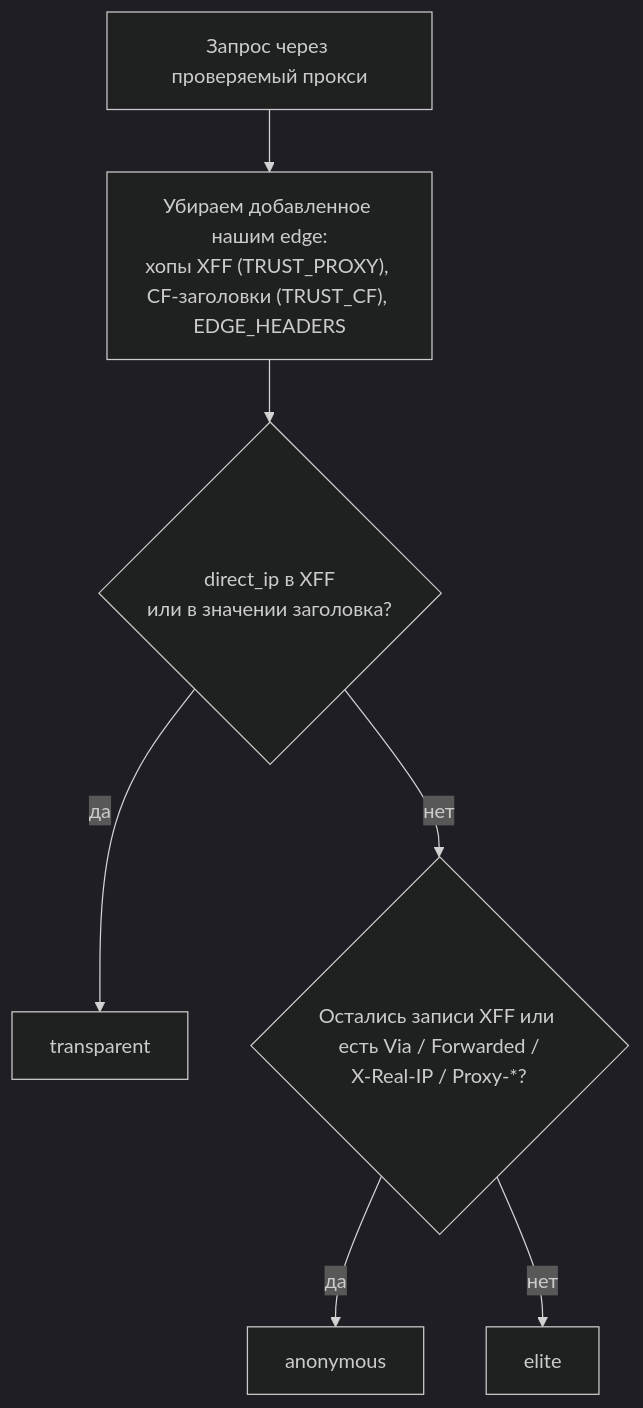
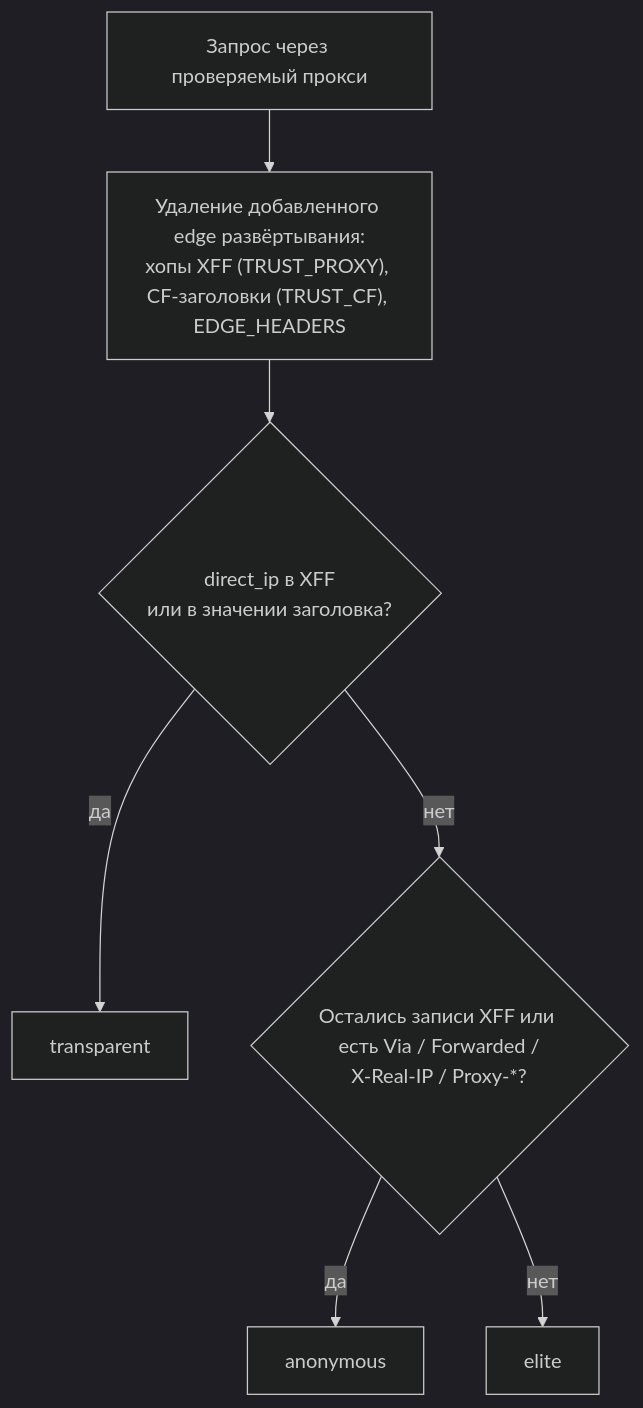
One commit to nechel12/proxpulse-judge changed the diagram in README.ru.md. Above: the diagram before and after it, drawn with Mermaid (dark theme). The commit also changed other lines of this file and 1 other file, not shown here.

````diff
--- a/README.ru.md
+++ b/README.ru.md
@@ -323,9 +327,9 @@
 ```mermaid
 flowchart TD
-    A[Запрос через проверяемый прокси] --> B["Убираем добавленное нашим edge:<br/>хопы XFF (TRUST_PROXY), CF-заголовки (TRUST_CF), EDGE_HEADERS"]
+    A[Запрос через проверяемый прокси] --> B["Удаление добавленного edge развёртывания:<br/>хопы XFF (TRUST_PROXY), CF-заголовки (TRUST_CF), EDGE_HEADERS"]
     B --> C{"direct_ip в XFF<br/>или в значении заголовка?"}
     C -- да --> T[transparent]
     C -- нет --> D{"Остались записи XFF или есть Via / Forwarded /<br/>X-Real-IP / Proxy-*?"}
     D -- да --> N[anonymous]
     D -- нет --> E[elite]
 ```
````
